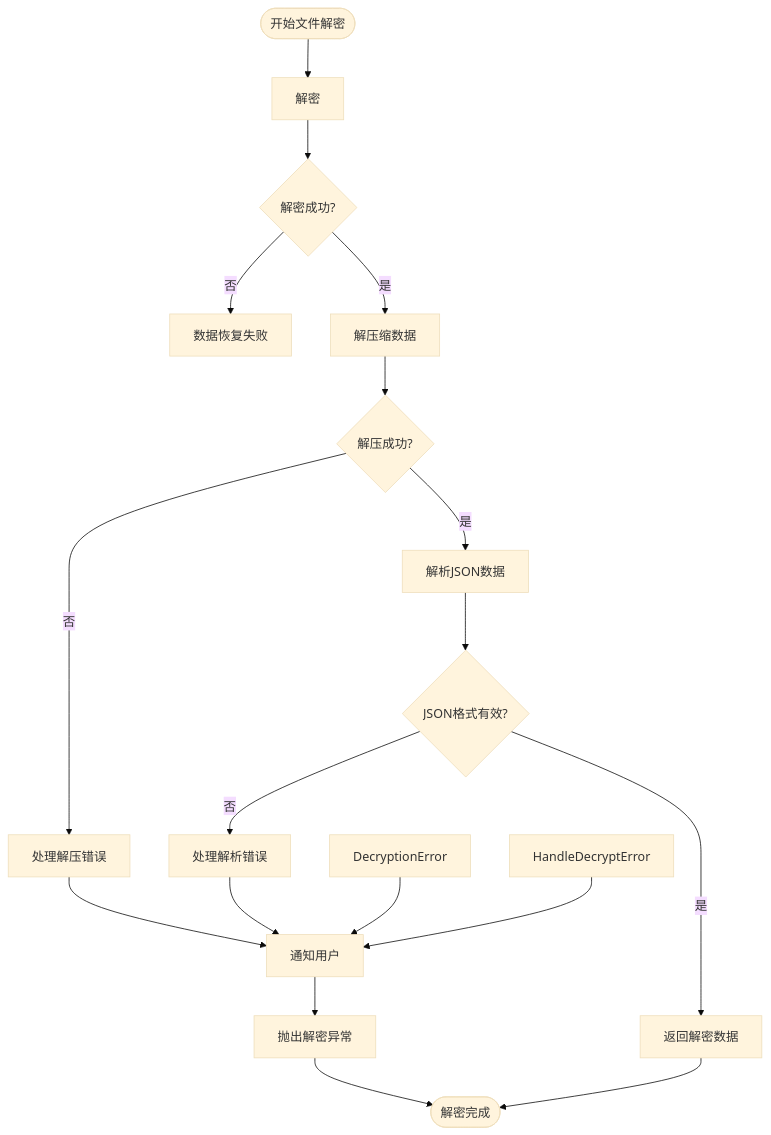
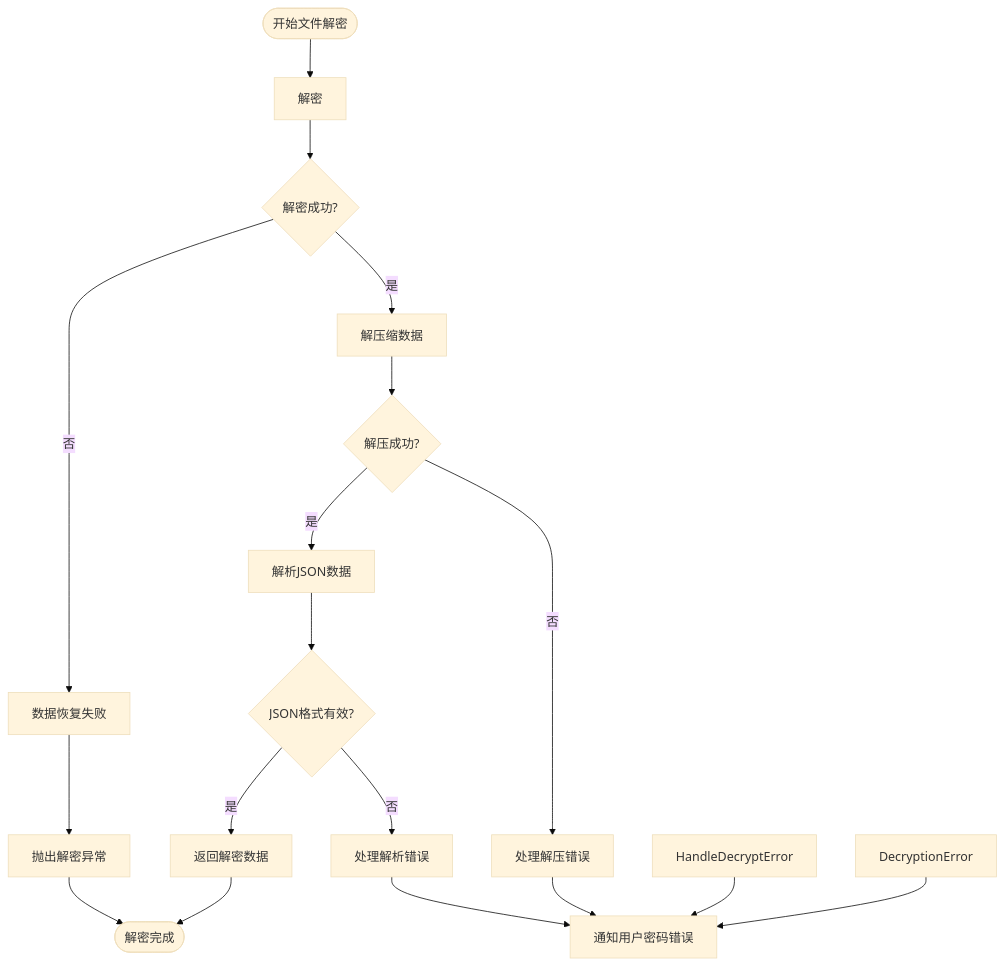
One commit to yingjianzh/iodraw-files changed the diagram in all/未命名-53.md. Above: the diagram before and after it, drawn with Mermaid (base theme).

Commit message:
2025-05-09 18:11:27 update

````diff
--- a/all/未命名-53.md
+++ b/all/未命名-53.md
@@ -1,26 +1,26 @@
 ```mermaid
 flowchart TD
     Start([开始文件解密]) --> ReadFile[解密]
     ReadFile --> DecryptionSuccess{解密成功?}
     
     DecryptionSuccess -->|否| A[数据恢复失败]
     DecryptionSuccess -->|是| DecompressData[解压缩数据]
     
     DecompressData --> DecompressionSuccess{解压成功?}
     DecompressionSuccess -->|否| HandleDecompressError[处理解压错误]
     DecompressionSuccess -->|是| ParseJSON[解析JSON数据]
     
     ParseJSON --> JSONValid{JSON格式有效?}
     JSONValid -->|否| HandleParseError[处理解析错误]
     JSONValid -->|是| ReturnDecryptedData[返回解密数据]
     
     ReturnDecryptedData --> End([解密完成])
     
-    DecryptionError --> LogError[通知用户]
+    DecryptionError --> LogError[通知用户密码错误]
     HandleDecryptError --> LogError
     HandleDecompressError --> LogError
     HandleParseError --> LogError
     
-    LogError --> ThrowException[抛出解密异常]
+    A --> ThrowException[抛出解密异常]
     ThrowException --> End
 ```
````
